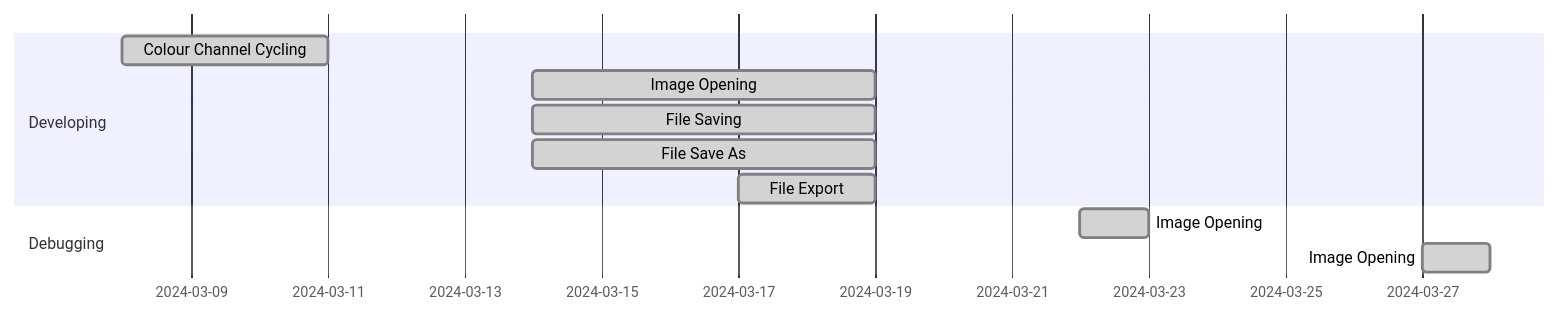
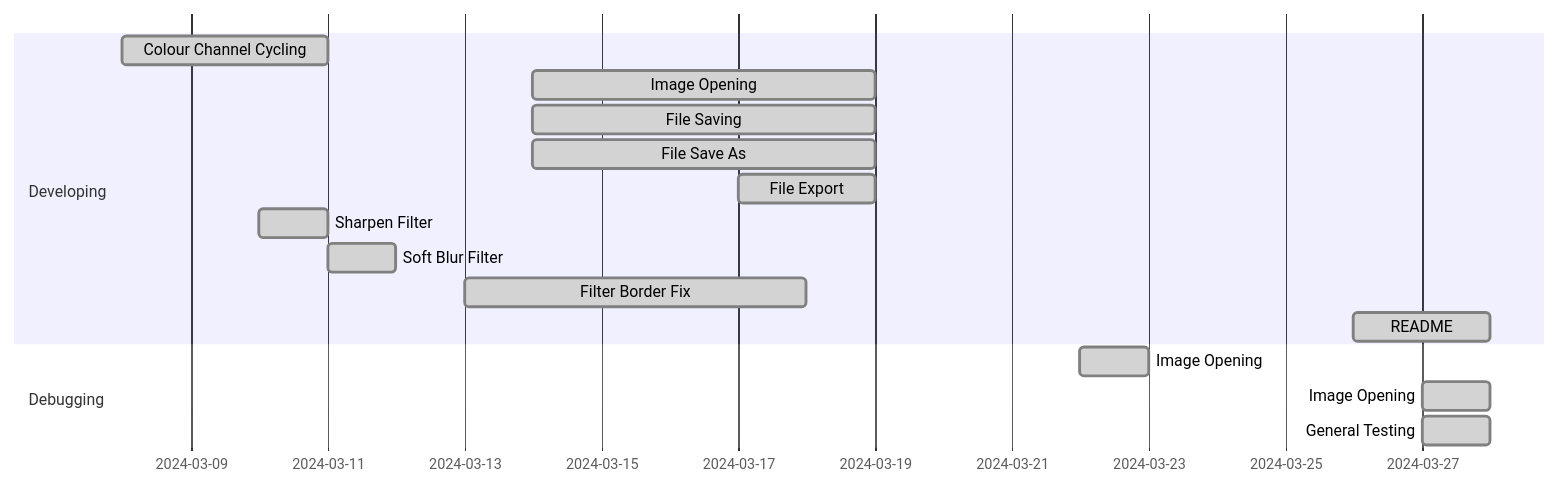
Before and after one commit to greateden/ANDIE-CodeCrafters: the diagram in README.md, drawn with Mermaid.

Commit message:
README Updated

````diff
--- a/README.md
+++ b/README.md
@@ -75,18 +75,24 @@
 ```mermaid
 %% Gantt Diagram for our project
         gantt
         dateFormat  DD-MM-YYYY
 
         section Developing
             Colour Channel Cycling             :done, des1, 08-03-2024, 3d
             Image Opening                      :done,  des2, 14-03-2024, 19-03-2024
             File Saving                     :done,  des2, 14-03-2024, 19-03-2024
             File Save As                      :done,  des2, 14-03-2024, 19-03-2024
             File Export                    :done,  des2, 17-03-2024, 19-03-2024
+            Sharpen Filter                 :done, des2, 10-03-2024, 11-03-2024
+            Soft Blur Filter               :done, des2, 11-03-2024, 12-03-2024
+            Filter Border Fix              :done, des2, 13-03-2024, 18-03-2024
+            README                         :done, des2, 26-03-2024, 28-03-2024
+
 
 
         section Debugging
             Image Opening                      :done , 22-03-2024, 23-03-2024
             Image Opening                      :done , 27-03-2024, 28-03-2024
+            General Testing                    :done, 27-03-2024, 28-03-2024
 
 ```
````
